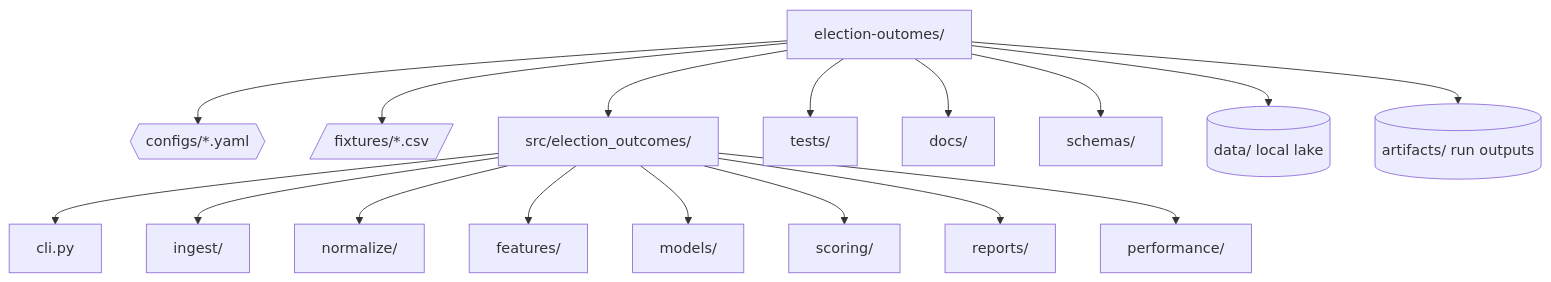
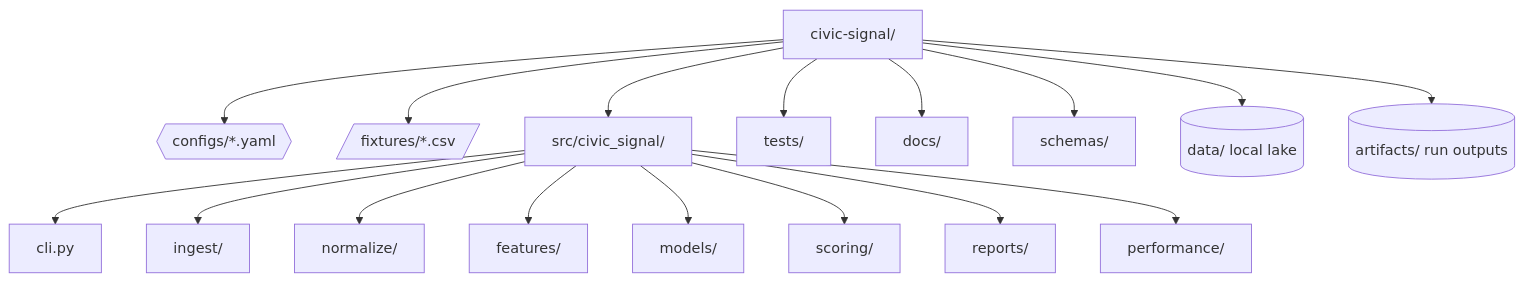
The first of 5 diagrams in README.md (gustavorubim/election-outomes), drawn with Mermaid before and after one commit. The commit also changed other lines of this file and 125 other files, not shown here.

Commit message:
chore: rebrand project as Civic Signal

````diff
--- a/README.md
+++ b/README.md
@@ -743,30 +747,30 @@
 ```mermaid
 flowchart TD
-    repo["election-outomes/"]
+    repo["civic-signal/"]
     config{{"configs/*.yaml"}}
     fixtures[/"fixtures/*.csv"/]
-    src["src/election_outcomes/"]
+    src["src/civic_signal/"]
     tests["tests/"]
     docs["docs/"]
     schemas["schemas/"]
     data[("data/ local lake")]
     artifacts[("artifacts/ run outputs")]
 
     repo --> config
     repo --> fixtures
     repo --> src
     repo --> tests
     repo --> docs
     repo --> schemas
     repo --> data
     repo --> artifacts
 
     src --> cli["cli.py"]
     src --> ingest["ingest/"]
     src --> normalize["normalize/"]
     src --> features["features/"]
     src --> models["models/"]
     src --> scoring["scoring/"]
     src --> reports["reports/"]
     src --> performance["performance/"]
 ```
````
